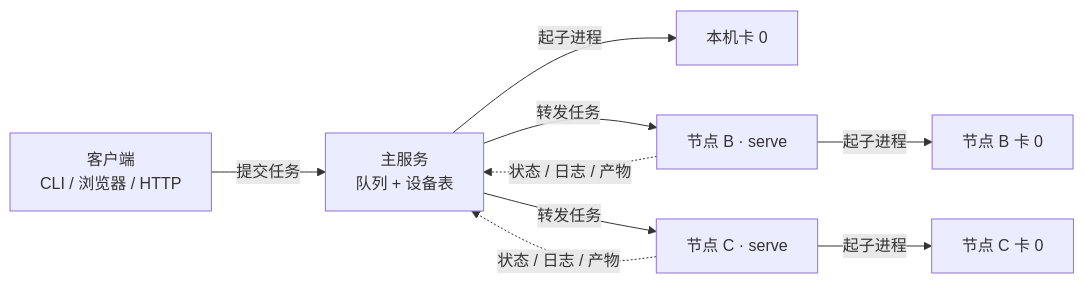
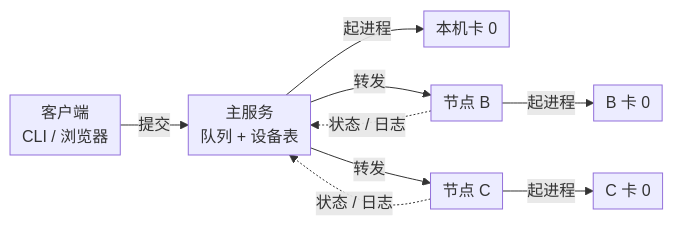
One commit to cixiy1/Yuki-blog changed the first of 9 diagrams in src/content/posts/chest-smart-diagnosis.md. Above: the diagram before and after it, drawn with Mermaid. The commit also changed other lines of this file, not shown here.

First line of the commit message:
fix(posts): 架构图在深色模式下字太小发灰

````diff
--- a/src/content/posts/chest-smart-diagnosis.md
+++ b/src/content/posts/chest-smart-diagnosis.md
@@ -21,19 +21,20 @@
 ```mermaid
+%%{init: {"flowchart": {"nodeSpacing": 24, "rankSpacing": 36, "padding": 6, "wrappingWidth": 200}}}%%
 flowchart LR
-  Client["客户端<br/>CLI / 浏览器 / HTTP"]
+  Client["客户端<br/>CLI / 浏览器"]
   Main["主服务<br/>队列 + 设备表"]
   LocalCard["本机卡 0"]
-  NodeB["节点 B · serve"]
-  NodeB0["节点 B 卡 0"]
-  NodeC["节点 C · serve"]
-  NodeC0["节点 C 卡 0"]
+  NodeB["节点 B"]
+  NodeB0["B 卡 0"]
+  NodeC["节点 C"]
+  NodeC0["C 卡 0"]
 
-  Client -->|"提交任务"| Main
-  Main -->|"起子进程"| LocalCard
-  Main -->|"转发任务"| NodeB
-  NodeB -->|"起子进程"| NodeB0
-  Main -->|"转发任务"| NodeC
-  NodeC -->|"起子进程"| NodeC0
-  NodeB -.->|"状态 / 日志 / 产物"| Main
-  NodeC -.->|"状态 / 日志 / 产物"| Main
+  Client -->|"提交"| Main
+  Main -->|"起进程"| LocalCard
+  Main -->|"转发"| NodeB
+  NodeB -->|"起进程"| NodeB0
+  Main -->|"转发"| NodeC
+  NodeC -->|"起进程"| NodeC0
+  NodeB -.->|"状态 / 日志"| Main
+  NodeC -.->|"状态 / 日志"| Main
 ```
````
